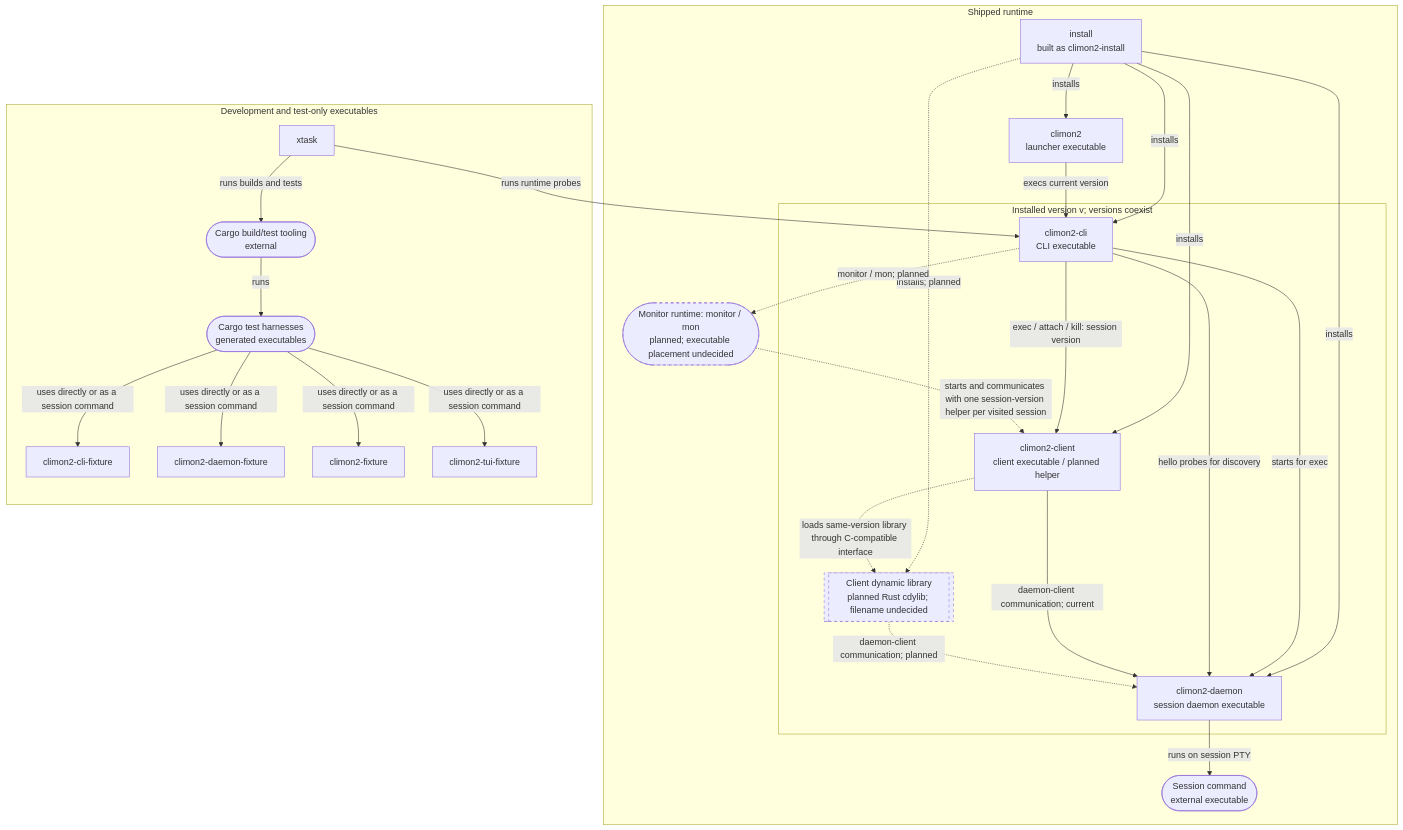
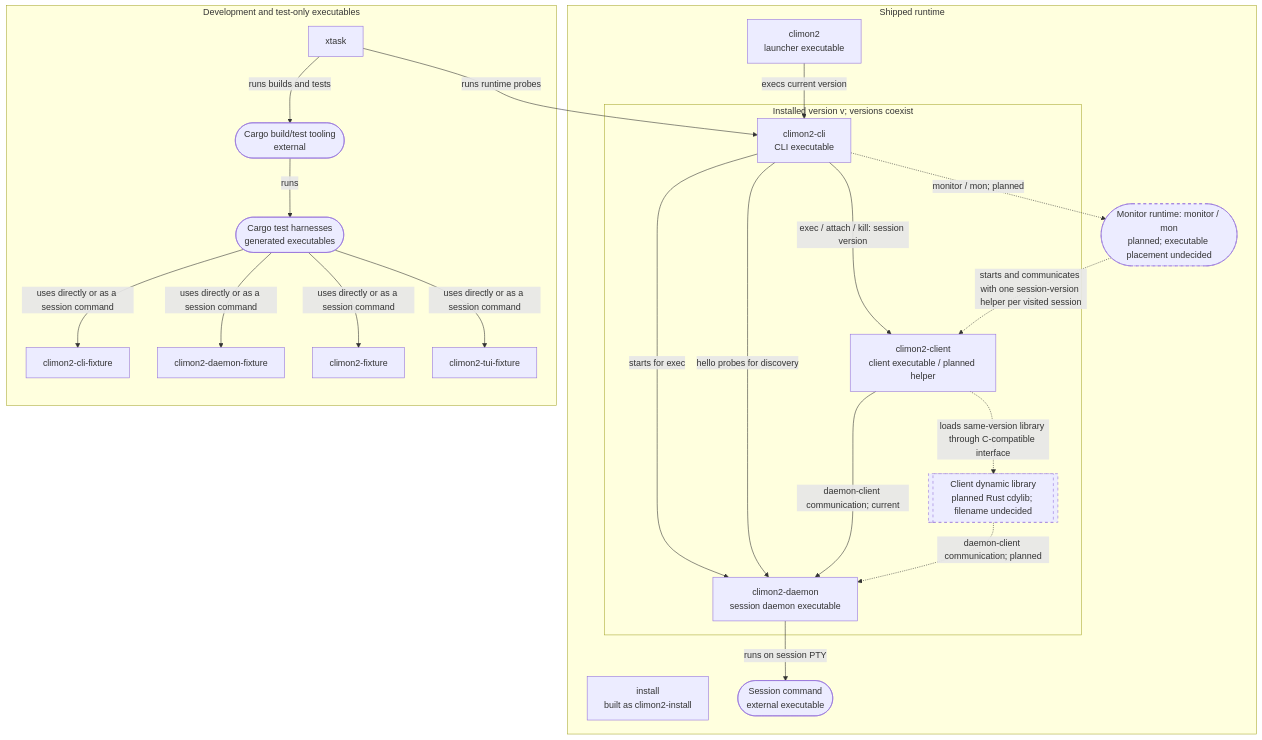
Before and after one commit to jackgeek/climon2: the diagram in docs/runtime-artifacts.md, drawn with Mermaid. The commit also changed other lines of this file and 3 other files, not shown here.

````diff
--- a/docs/runtime-artifacts.md
+++ b/docs/runtime-artifacts.md
@@ -8,52 +8,47 @@
 ```mermaid
 flowchart TB
     subgraph runtime["Shipped runtime"]
         launcher["climon2<br/>launcher executable"]
         installer["install<br/>built as climon2-install"]
         subgraph version["Installed version v; versions coexist"]
             cli["climon2-cli<br/>CLI executable"]
             client["climon2-client<br/>client executable / planned helper"]
             daemon["climon2-daemon<br/>session daemon executable"]
             library[["Client dynamic library<br/>planned Rust cdylib; filename undecided"]]
         end
         command(["Session command<br/>external executable"])
         monitor(["Monitor runtime: monitor / mon<br/>planned; executable placement undecided"])
 
-        installer -->|"installs"| launcher
-        installer -->|"installs"| cli
-        installer -->|"installs"| client
-        installer -->|"installs"| daemon
-        installer -.->|"installs; planned"| library
         launcher -->|"execs current version"| cli
         cli -->|"starts for exec"| daemon
         cli -->|"exec / attach / kill: session version"| client
         cli -->|"hello probes for discovery"| daemon
         client -->|"daemon-client communication; current"| daemon
         daemon -->|"runs on session PTY"| command
         cli -.->|"monitor / mon; planned"| monitor
         monitor -.->|"starts and communicates with one session-version helper per visited session"| client
         client -.->|"loads same-version library through C-compatible interface"| library
         library -.->|"daemon-client communication; planned"| daemon
     end
 
     subgraph development["Development and test-only executables"]
         xtask["xtask"]
         cargo(["Cargo build/test tooling<br/>external"])
         tests(["Cargo test harnesses<br/>generated executables"])
         cli_fixture["climon2-cli-fixture"]
         daemon_fixture["climon2-daemon-fixture"]
         terminal_fixture["climon2-fixture"]
         tui_fixture["climon2-tui-fixture"]
 
         xtask -->|"runs builds and tests"| cargo
         xtask -->|"runs runtime probes"| cli
         cargo -->|"runs"| tests
         tests -->|"uses directly or as a session command"| cli_fixture
         tests -->|"uses directly or as a session command"| daemon_fixture
         tests -->|"uses directly or as a session command"| terminal_fixture
         tests -->|"uses directly or as a session command"| tui_fixture
     end
 
     style library stroke-dasharray: 5 5
     style monitor stroke-dasharray: 5 5
 ```
````
